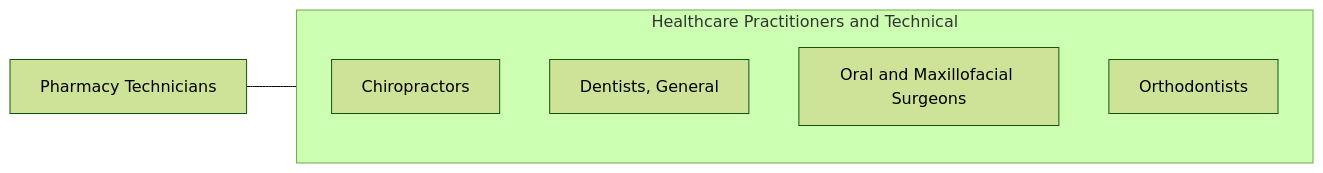
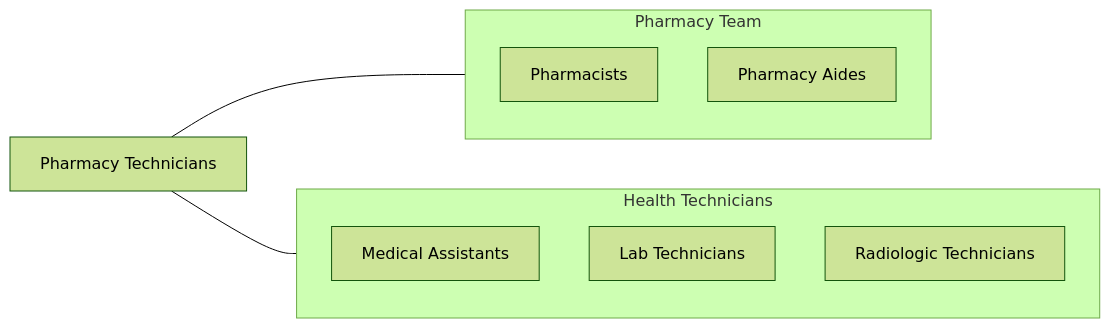
The fourth of 4 diagrams in occupations/HealthcarePractitioners/PharmacyTechnicians.mdx (kziemski/business.org.ai), drawn with Mermaid (forest theme) before and after one commit. The commit also changed other lines of this file and 938 other files, not shown here.

````diff
--- a/occupations/HealthcarePractitioners/PharmacyTechnicians.mdx
+++ b/occupations/HealthcarePractitioners/PharmacyTechnicians.mdx
@@ -110,13 +207,18 @@
 ```mermaid
 graph LR
     Current["Pharmacy Technicians"]
 
-    subgraph SameCategory["Healthcare Practitioners and Technical"]
-        Chiropractors["Chiropractors"]
-        DentistsGeneral["Dentists, General"]
-        OralAndMaxillofacial["Oral and Maxillofacial Surgeons"]
-        Orthodontists["Orthodontists"]
+    subgraph PharmacyTeam["Pharmacy Team"]
+        Pharmacists["Pharmacists"]
+        PharmAides["Pharmacy Aides"]
     end
 
-    Current --- SameCategory
+    subgraph HealthTech["Health Technicians"]
+        MedAssist["Medical Assistants"]
+        LabTech["Lab Technicians"]
+        RadTech["Radiologic Technicians"]
+    end
+
+    Current --- PharmacyTeam
+    Current --- HealthTech
 ```
````
